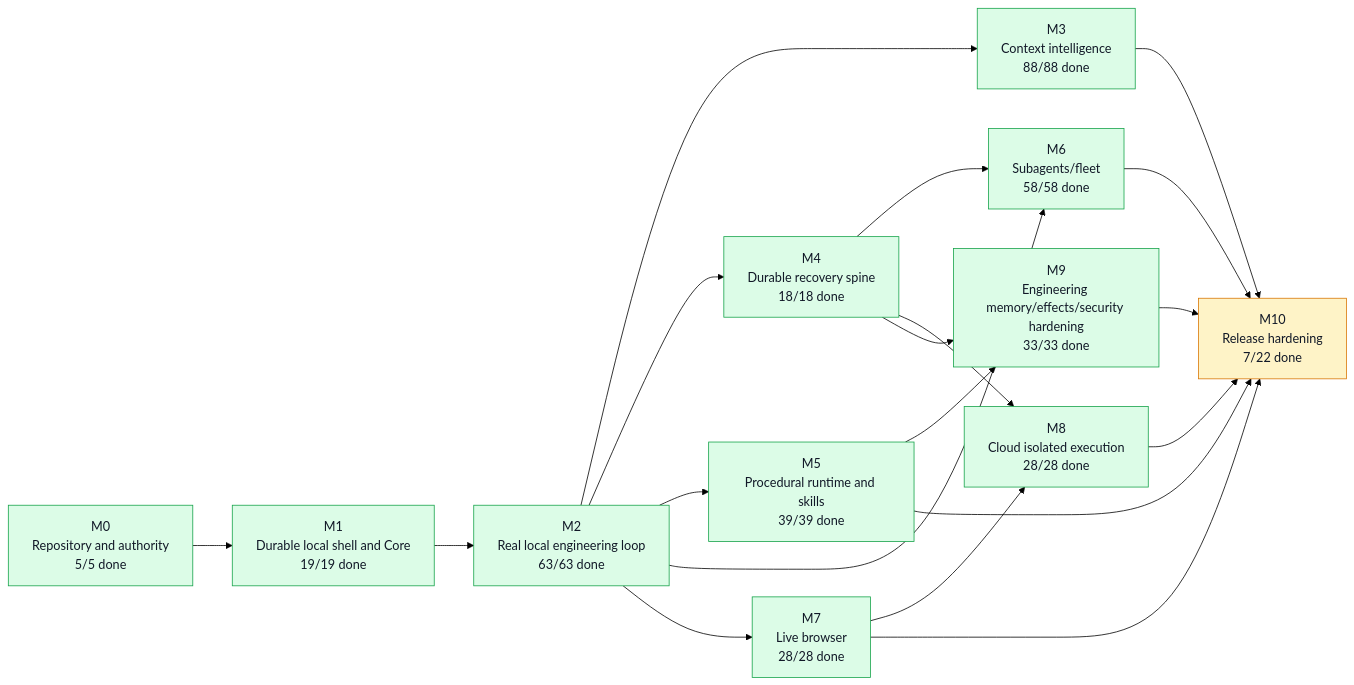
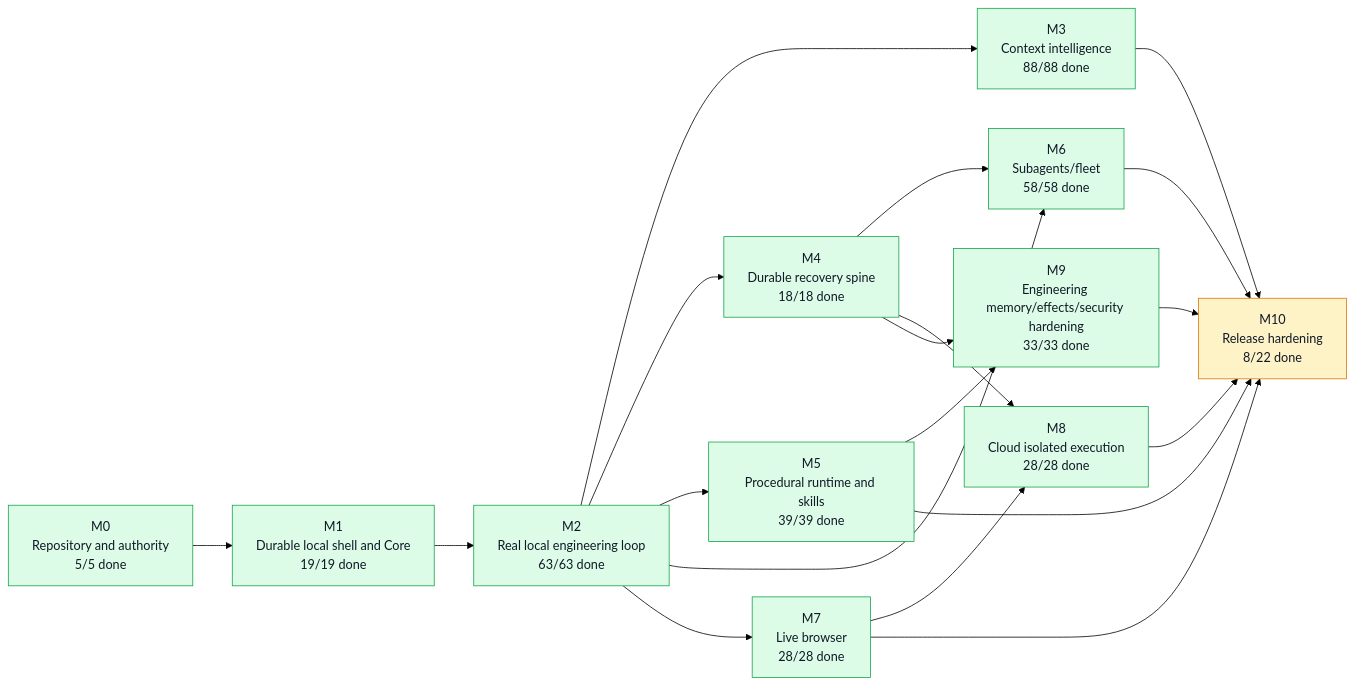
The first of 5 diagrams in graph/PROJECT_GRAPH.md (moss101/modbit), drawn with Mermaid (forest theme) before and after one commit. The commit also changed other lines of this file and 5 other files, not shown here.

````diff
--- a/graph/PROJECT_GRAPH.md
+++ b/graph/PROJECT_GRAPH.md
@@ -57,43 +57,43 @@
 ```mermaid
 flowchart LR
   M0["M0<br/>Repository and authority<br/>5/5 done"]
   M1["M1<br/>Durable local shell and Core<br/>19/19 done"]
   M2["M2<br/>Real local engineering loop<br/>63/63 done"]
   M3["M3<br/>Context intelligence<br/>88/88 done"]
   M4["M4<br/>Durable recovery spine<br/>18/18 done"]
   M5["M5<br/>Procedural runtime and skills<br/>39/39 done"]
   M6["M6<br/>Subagents/fleet<br/>58/58 done"]
   M7["M7<br/>Live browser<br/>28/28 done"]
   M8["M8<br/>Cloud isolated execution<br/>28/28 done"]
   M9["M9<br/>Engineering memory/effects/security hardening<br/>33/33 done"]
-  M10["M10<br/>Release hardening<br/>7/22 done"]
+  M10["M10<br/>Release hardening<br/>8/22 done"]
   M0 --> M1
   M1 --> M2
   M2 --> M3
   M2 --> M4
   M2 --> M5
   M2 --> M6
   M4 --> M6
   M2 --> M7
   M4 --> M8
   M7 --> M8
   M4 --> M9
   M5 --> M9
   M3 --> M10
   M5 --> M10
   M6 --> M10
   M7 --> M10
   M8 --> M10
   M9 --> M10
   style M0 fill:#dcfce7,stroke:#16a34a,color:#111827
   style M1 fill:#dcfce7,stroke:#16a34a,color:#111827
   style M2 fill:#dcfce7,stroke:#16a34a,color:#111827
   style M3 fill:#dcfce7,stroke:#16a34a,color:#111827
   style M4 fill:#dcfce7,stroke:#16a34a,color:#111827
   style M5 fill:#dcfce7,stroke:#16a34a,color:#111827
   style M6 fill:#dcfce7,stroke:#16a34a,color:#111827
   style M7 fill:#dcfce7,stroke:#16a34a,color:#111827
   style M8 fill:#dcfce7,stroke:#16a34a,color:#111827
   style M9 fill:#dcfce7,stroke:#16a34a,color:#111827
   style M10 fill:#fef3c7,stroke:#d97706,color:#111827
 ```
````
